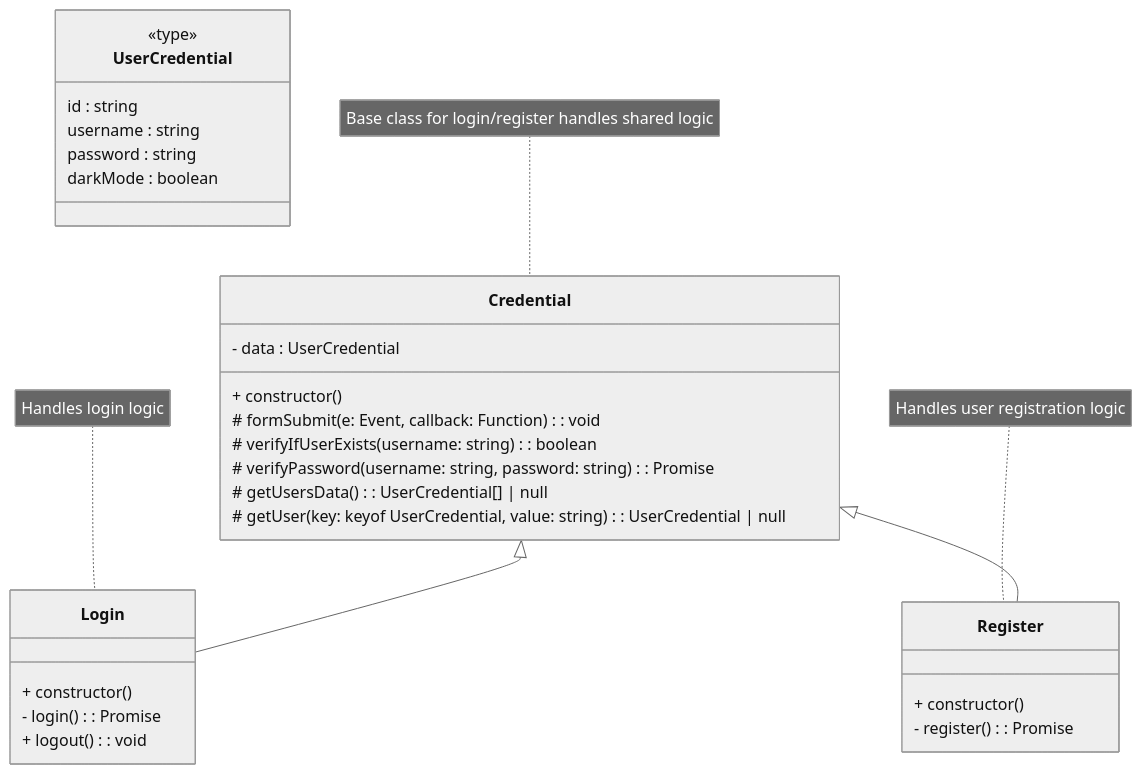
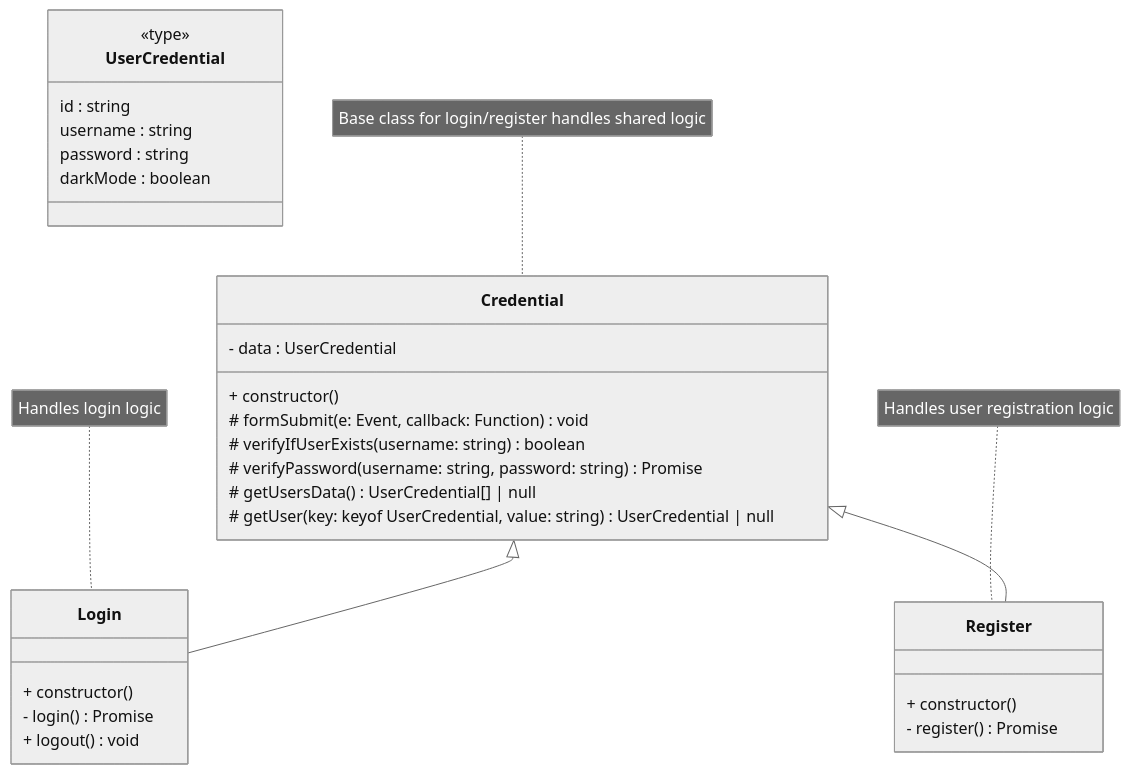
One commit to sioterino/typescript-chess changed the second of 2 diagrams in README.md. Above: the diagram before and after it, drawn with Mermaid (neutral theme).

````diff
--- a/README.md
+++ b/README.md
@@ -152,39 +152,39 @@
 ```mermaid
 classDiagram
     class Credential {
         - data : UserCredential
         + constructor()
-        # formSubmit(e: Event, callback: Function) : void
-        # verifyIfUserExists(username: string) : boolean
-        # verifyPassword(username: string, password: string) : Promise<boolean>
-        # getUsersData() : UserCredential[] | null
-        # getUser(key: keyof UserCredential, value: string) : UserCredential | null
+        # formSubmit(e: Event, callback: Function)  void
+        # verifyIfUserExists(username: string)  boolean
+        # verifyPassword(username: string, password: string)  Promise<boolean>
+        # getUsersData()  UserCredential[] | null
+        # getUser(key: keyof UserCredential, value: string)  UserCredential | null
     }
 
     class Login {
         + constructor()
-        - login() : Promise<void>
-        + logout() : void
+        - login()  Promise<void>
+        + logout()  void
     }
 
     class Register {
         + constructor()
-        - register() : Promise<void>
+        - register()  Promise<void>
     }
 
     class UserCredential {
         <<type>>
         id : string
         username : string
         password : string
         darkMode : boolean
     }
 
     Credential <|-- Login
     Credential <|-- Register
 
     note for Credential "Base class for login/register handles shared logic"
     note for Login "Handles login logic"
     note for Register "Handles user registration logic"
 
 ```
````
